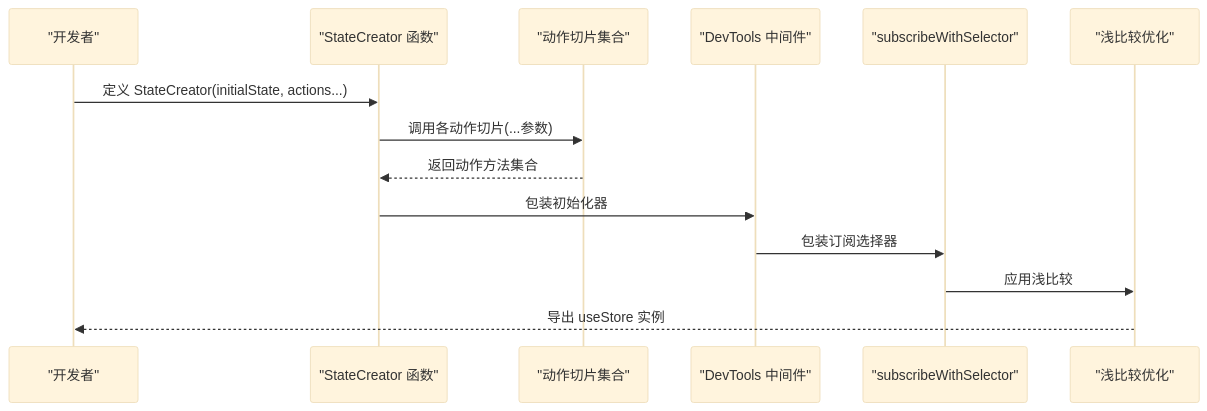
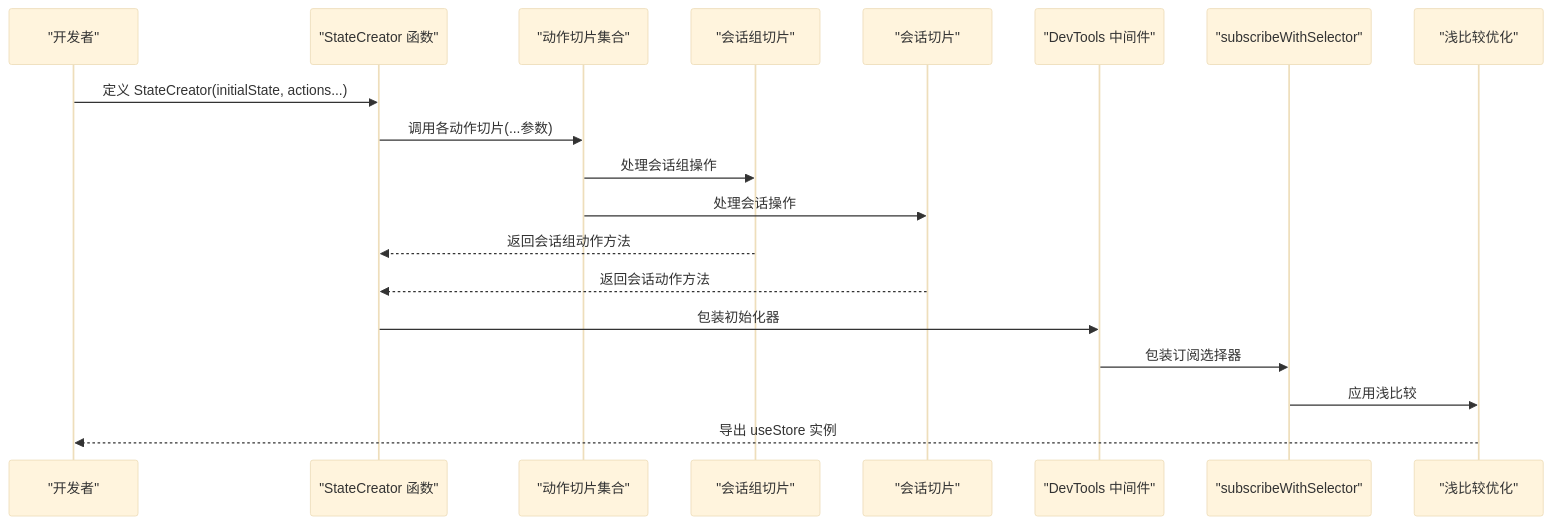
One commit to AvatoLabs/avato changed the second of 5 diagrams in .qoder/repowiki/zh/content/状态管理/状态管理.md. Above: the diagram before and after it, drawn with Mermaid (base theme). The commit also changed other lines of this file and 50 other files, not shown here.

````diff
--- a/.qoder/repowiki/zh/content/状态管理/状态管理.md
+++ b/.qoder/repowiki/zh/content/状态管理/状态管理.md
@@ -105,16 +134,21 @@
 ```mermaid
 sequenceDiagram
 participant Dev as "开发者"
 participant Store as "StateCreator 函数"
 participant Slice as "动作切片集合"
+participant SG as "会话组切片"
+participant S as "会话切片"
 participant Devtools as "DevTools 中间件"
 participant Selector as "subscribeWithSelector"
 participant Shallow as "浅比较优化"
 Dev->>Store : 定义 StateCreator(initialState, actions...)
 Store->>Slice : 调用各动作切片(...参数)
-Slice-->>Store : 返回动作方法集合
+Slice->>SG : 处理会话组操作
+Slice->>S : 处理会话操作
+SG-->>Store : 返回会话组动作方法
+S-->>Store : 返回会话动作方法
 Store->>Devtools : 包装初始化器
 Devtools->>Selector : 包装订阅选择器
 Selector->>Shallow : 应用浅比较
 Shallow-->>Dev : 导出 useStore 实例
 ```
````
